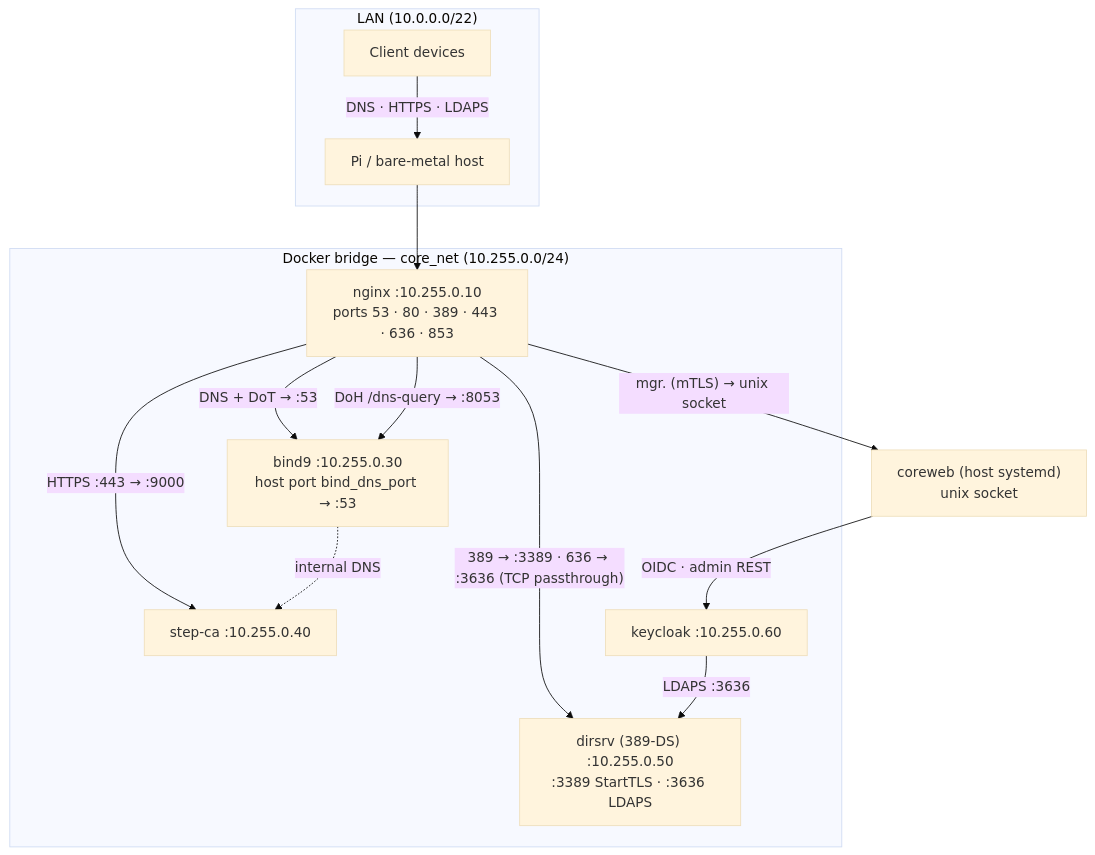
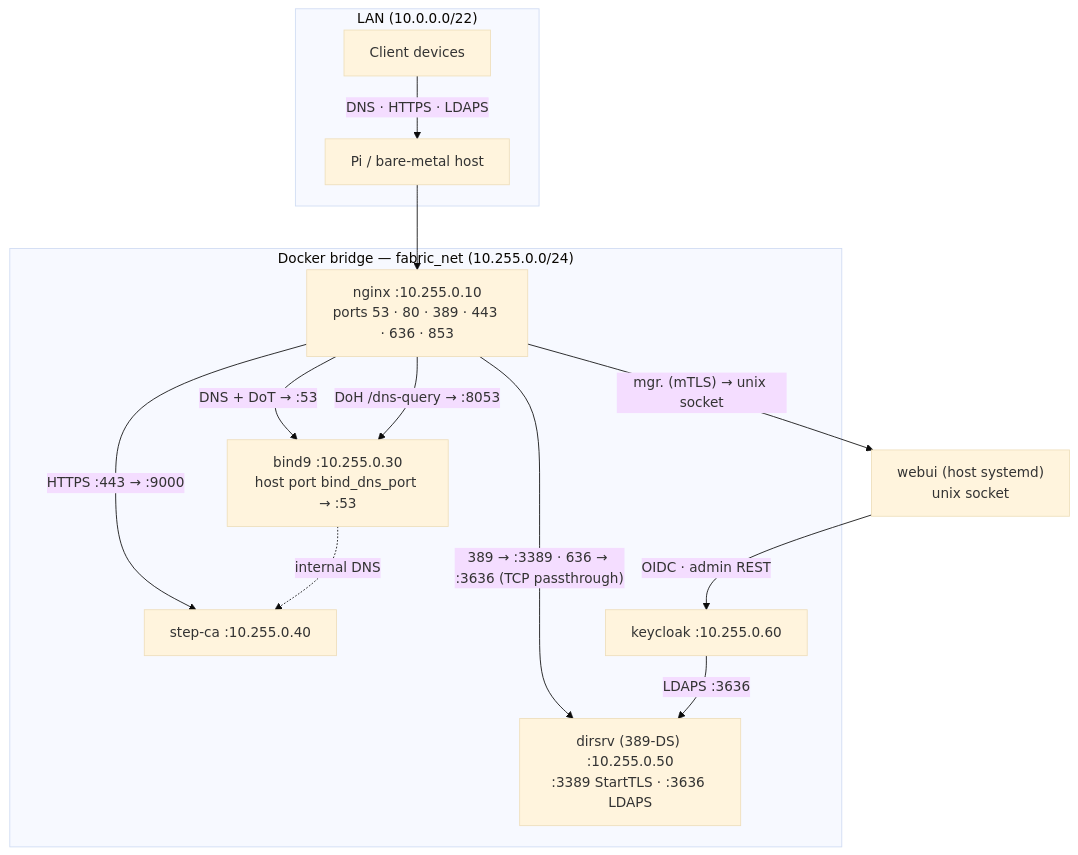
Before and after one commit to archdukejim/open-fabric: the first of 3 diagrams in docs/architecture.md, drawn with Mermaid (base theme). The commit also changed other lines of this file and 153 other files, not shown here.

First line of the commit message:
refactor: rename core-template to fabric, core-mgr to fabricctl

````diff
--- a/docs/architecture.md
+++ b/docs/architecture.md
@@ -138,28 +138,28 @@
 ```mermaid
 graph TB
     subgraph LAN["LAN (10.0.0.0/22)"]
         CLIENT[Client devices]
         HOST[Pi / bare-metal host]
     end
 
-    subgraph CORE["Docker bridge — core_net (10.255.0.0/24)"]
+    subgraph FABRIC["Docker bridge — fabric_net (10.255.0.0/24)"]
         NGINX["nginx :10.255.0.10\nports 53 · 80 · 389 · 443 · 636 · 853"]
         BIND9["bind9 :10.255.0.30\nhost port bind_dns_port → :53"]
         STEPCA["step-ca :10.255.0.40"]
         LDAP["dirsrv (389-DS) :10.255.0.50\n:3389 StartTLS · :3636 LDAPS"]
         KC["keycloak :10.255.0.60"]
     end
 
-    WEB["coreweb (host systemd)\nunix socket"]
+    WEB["webui (host systemd)\nunix socket"]
 
     CLIENT -->|"DNS · HTTPS · LDAPS"| HOST
     HOST --> NGINX
     NGINX -->|"DNS + DoT → :53"| BIND9
     NGINX -->|"DoH /dns-query → :8053"| BIND9
     NGINX -->|"389 → :3389 · 636 → :3636 (TCP passthrough)"| LDAP
     NGINX -->|"mgr.<domain> (mTLS) → unix socket"| WEB
     WEB -->|"OIDC · admin REST"| KC
     KC -->|"LDAPS :3636"| LDAP
     NGINX -->|"HTTPS :443 → :9000"| STEPCA
     BIND9 -.->|"internal DNS"| STEPCA
 ```
````
